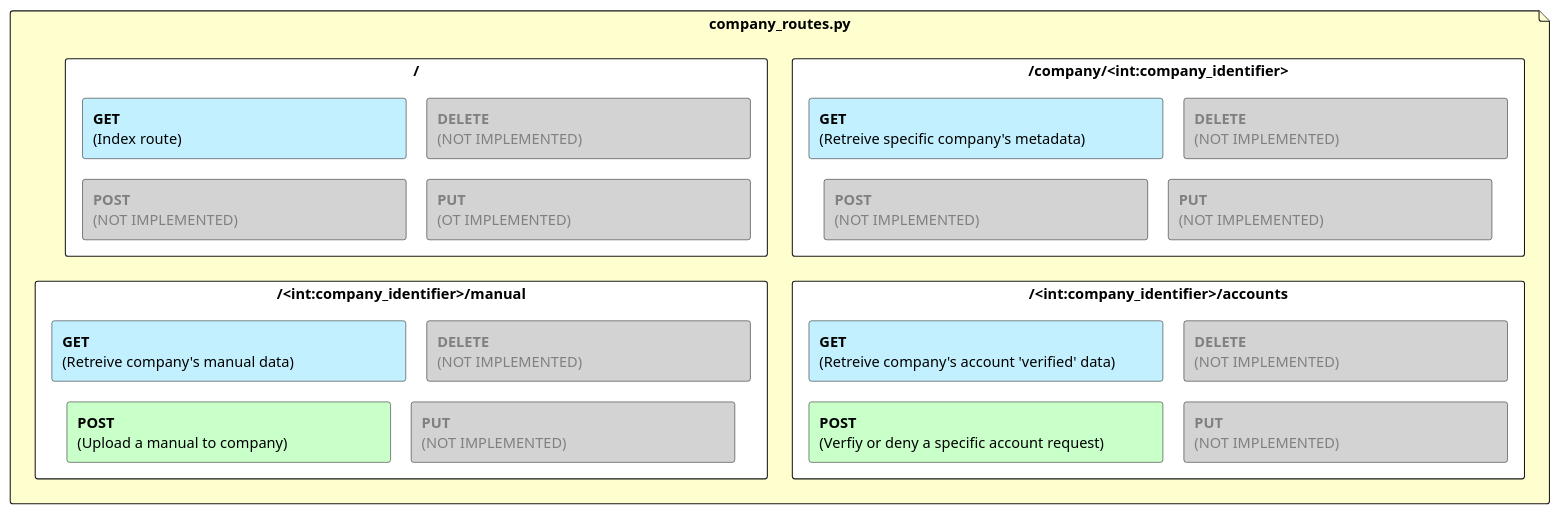
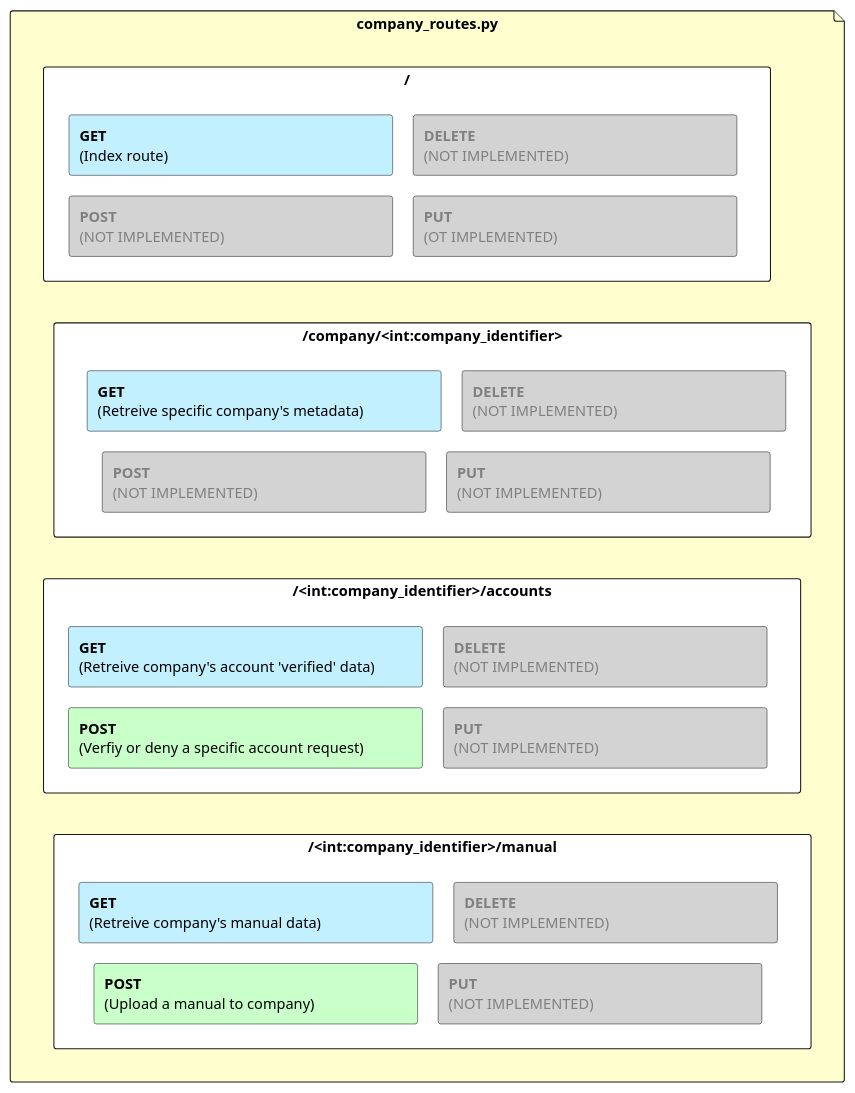
Before and after one commit to NielsPoldervaart/Project-C-Groep-4: the diagram in Diagrams (PlantUml)/flask_routes_layout_files/company_routes_layout_files.plantuml, drawn with PlantUML. The commit also changed 1 other file, not shown here.

Commit message:
Updated wrong info and structure PUML diagrams

```diff
--- a/Diagrams (PlantUml)/flask_routes_layout_files/company_routes_layout_files.plantuml
+++ b/Diagrams (PlantUml)/flask_routes_layout_files/company_routes_layout_files.plantuml
@@ -1,38 +1,45 @@
 @startuml
 
 skinparam minClassWidth 200
 skinparam nodesep 20
 skinparam ranksep 20
 skinparam linetype ortho
 
 file **company_routes.py** as file_company #FEFECE {
+
+    rectangle **/** as index #ffffff{
+    rectangle "**GET**\n(Index route)\t\t\t\t\t\t\t\t" as e #Application
+    rectangle "<color:grey>**DELETE**\n<color:grey>(NOT IMPLEMENTED)\t\t\t\t\t\t" as f #lightgrey
+    rectangle "<color:grey>**POST**\n<color:grey>(NOT IMPLEMENTED)\t\t\t\t\t\t" as g #lightgrey
+    rectangle "<color:grey>**PUT**\n<color:grey>(OT IMPLEMENTED)\t\\t\t\t\t\t" as h #lightgrey
+    }
+
     rectangle **/company/<int:company_identifier>** as company_info #ffffff{
     rectangle "**GET**\n(Retreive specific company's metadata)\t\t\t" as a #Application
     rectangle "<color:grey>**DELETE**\n<color:grey>(NOT IMPLEMENTED)\t\t\t\t\t\t" as b #lightgrey
     rectangle "<color:grey>**POST**\n<color:grey>(NOT IMPLEMENTED)\t\t\t\t\t\t" as c #lightgrey
     rectangle "<color:grey>**PUT**\n<color:grey>(NOT IMPLEMENTED)\t\t\t\t\t\t" as d #lightgrey
     }
 
-    rectangle **/** as index #ffffff{
-    rectangle "**GET**\n(Index route)\t\t\t\t\t\t\t\t" as e #Application
-    rectangle "<color:grey>**DELETE**\n<color:grey>(NOT IMPLEMENTED)\t\t\t\t\t\t" as f #lightgrey
-    rectangle "<color:grey>**POST**\n<color:grey>(NOT IMPLEMENTED)\t\t\t\t\t\t" as g #lightgrey
-    rectangle "<color:grey>**PUT**\n<color:grey>(OT IMPLEMENTED)\t\\t\t\t\t\t" as h #lightgrey
-    }
 
     rectangle **/<int:company_identifier>/accounts** as accounts #ffffff{
     rectangle "**GET**\n(Retreive company's account 'verified' data)\t\t" as i #Application
     rectangle "<color:grey>**DELETE**\n<color:grey>(NOT IMPLEMENTED)\t\t\t\t\t\t" as j #lightgrey
     rectangle "**POST**\n(Verfiy or deny a specific account request)\t\t" as k #technology
     rectangle "<color:grey>**PUT**\n<color:grey>(NOT IMPLEMENTED)\t\t\t\t\t\t" as l #lightgrey
     }
 
     rectangle **/<int:company_identifier>/manual** as manual #ffffff{
     rectangle "**GET**\n(Retreive company's manual data)\t\t\t\t" as m #Application
     rectangle "<color:grey>**DELETE**\n<color:grey>(NOT IMPLEMENTED)\t\t\t\t\t\t" as n #lightgrey
     rectangle "**POST**\n(Upload a manual to company)\t\t\t\t" as o #technology
     rectangle "<color:grey>**PUT**\n<color:grey>(NOT IMPLEMENTED)\t\t\t\t\t\t" as p #lightgrey
     }
 }
 
+
+index  --[HIDDEN]d-> company_info
+company_info --[HIDDEN]d-> accounts
+accounts --[HIDDEN]d-> manual
+
 @enduml
```
